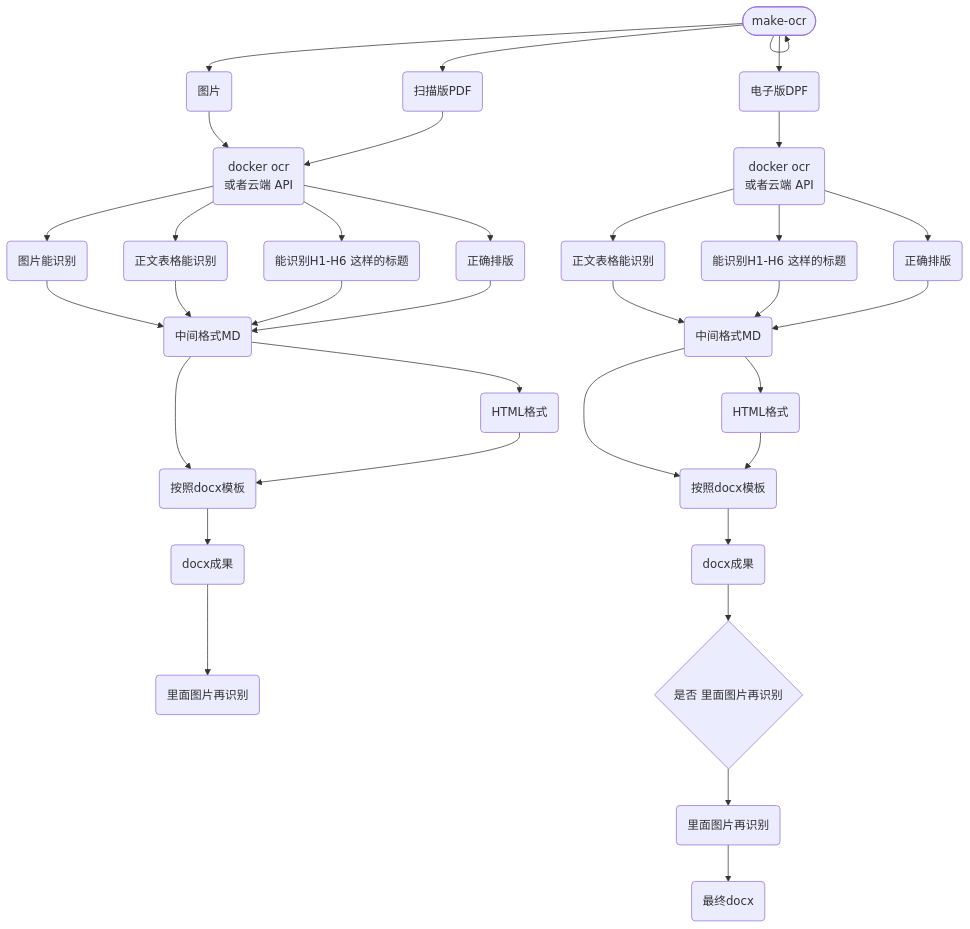
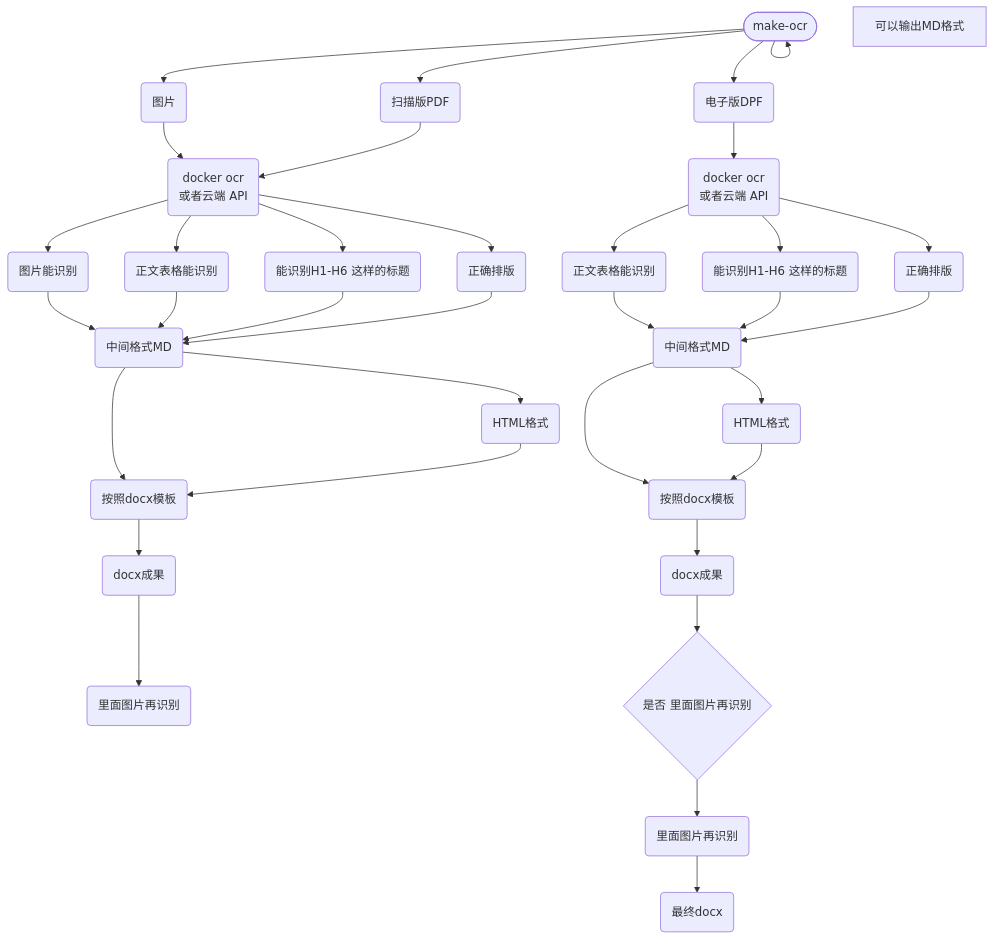
Before and after one commit to fireflysss/mermaid-notes: the diagram in notes/未命名_da3b1e9d-46b8-4fe8-a207-538027b2306b.md, drawn with Mermaid. The commit also changed 3 other files, not shown here.

Commit message:
Sync Mermaid Studio data (12 diagrams)

````diff
--- a/notes/未命名_da3b1e9d-46b8-4fe8-a207-538027b2306b.md
+++ b/notes/未命名_da3b1e9d-46b8-4fe8-a207-538027b2306b.md
@@ -3,62 +3,63 @@
 ```mermaid
 flowchart TD
   n_0(["make-ocr"])
   n_1("扫描版PDF")
   n_2("电子版DPF")
   n_3("docker ocr<br/>或者云端 API")
   n_4("图片")
   n_5("能识别H1-H6 这样的标题")
   n_6("正文表格能识别")
   n_7("图片能识别")
   n_8("按照docx模板")
   n_9("里面图片再识别")
   n_10("docx成果")
   n_11("中间格式MD")
   n_12("HTML格式")
   n_13("docker ocr<br/>或者云端 API")
   n_14("能识别H1-H6 这样的标题")
   n_15("正文表格能识别")
   n_16("按照docx模板")
   n_17("docx成果")
   n_18("中间格式MD")
   n_19("HTML格式")
   n_20("最终docx")
   n_21("里面图片再识别")
   n_22{"是否 里面图片再识别"}
   n_23("正确排版")
   n_24("正确排版")
+  n_25["可以输出MD格式"]
   n_0 --> n_0
   n_0 --> n_1
   n_0 --> n_2
   n_0 --> n_4
   n_11 --> n_8
   n_11 --> n_12
   n_12 --> n_8
   n_8 --> n_10
   n_10 --> n_9
   n_18 --> n_16
   n_18 --> n_19
   n_19 --> n_16
   n_16 --> n_17
   n_4 --> n_3
   n_1 --> n_3
   n_2 --> n_13
   n_13 --> n_14
   n_13 --> n_15
   n_15 --> n_18
   n_14 --> n_18
   n_7 --> n_11
   n_6 --> n_11
   n_5 --> n_11
   n_3 --> n_6
   n_21 --> n_20
   n_17 --> n_22
   n_22 --> n_21
   n_3 --> n_5
   n_3 --> n_7
   n_3 --> n_23
   n_23 --> n_11
   n_13 --> n_24
   n_24 --> n_18
 
 ```
````
